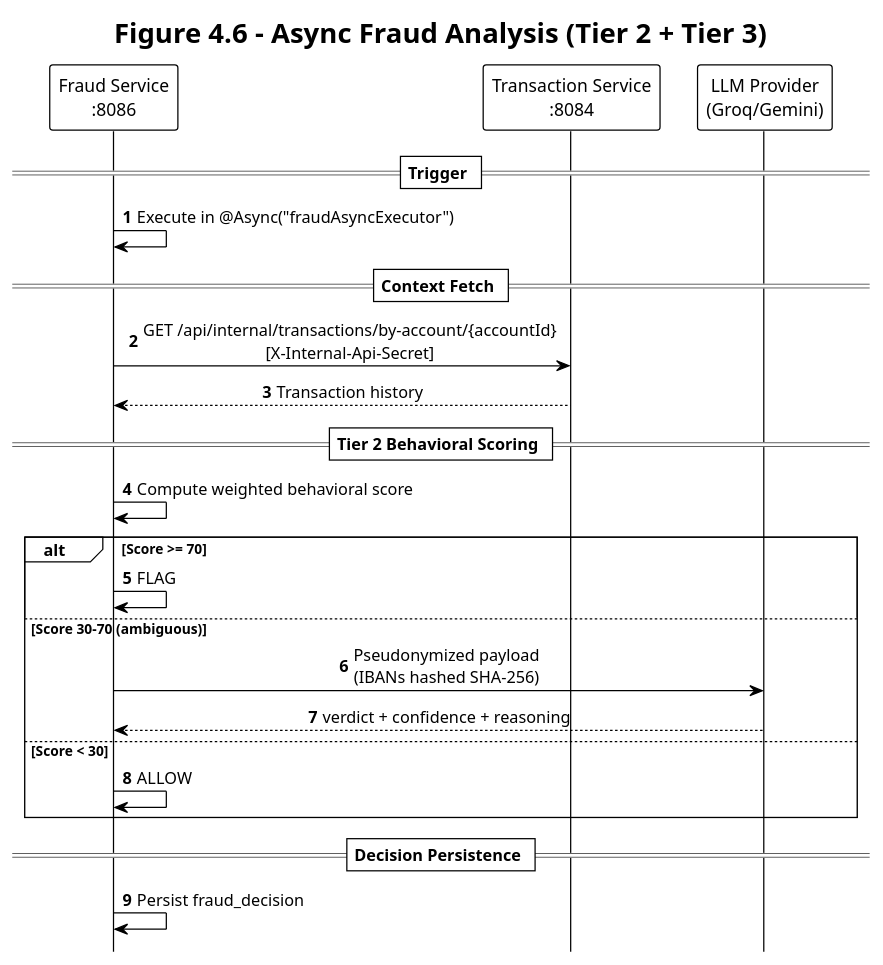
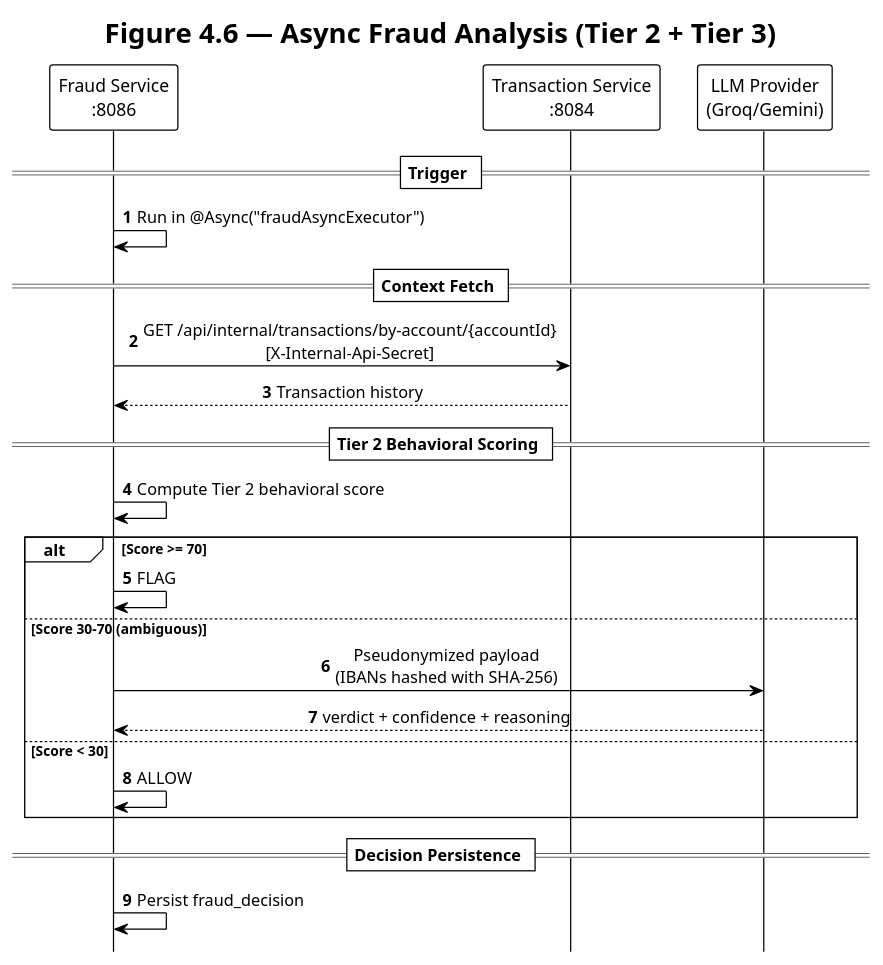
One commit to TurcanuTeodor/Online-Internet-Banking changed the diagram in uml/chapter5/transfer-flow-async-fraud.puml. Above: the diagram before and after it, drawn with PlantUML. The commit also changed 12 other files, not shown here.

```diff
--- a/uml/chapter5/transfer-flow-async-fraud.puml
+++ b/uml/chapter5/transfer-flow-async-fraud.puml
@@ -1,37 +1,37 @@
 @startuml Transfer_Flow_Async_Fraud
 !theme plain
 autonumber
 hide footbox
 skinparam backgroundColor white
 skinparam defaultFontName "Segoe UI"
 skinparam sequenceMessageAlign center
 
-title Figure 4.6 - Async Fraud Analysis (Tier 2 + Tier 3)
+title Figure 4.6 — Async Fraud Analysis (Tier 2 + Tier 3)
 
 participant "Fraud Service\n:8086" as FRAUD
 participant "Transaction Service\n:8084" as TX
 participant "LLM Provider\n(Groq/Gemini)" as LLM
 
 == Trigger ==
-FRAUD -> FRAUD : Execute in @Async("fraudAsyncExecutor")
+FRAUD -> FRAUD : Run in @Async("fraudAsyncExecutor")
 
 == Context Fetch ==
 FRAUD -> TX : GET /api/internal/transactions/by-account/{accountId}\n[X-Internal-Api-Secret]
 TX --> FRAUD : Transaction history
 
 == Tier 2 Behavioral Scoring ==
-FRAUD -> FRAUD : Compute weighted behavioral score
+FRAUD -> FRAUD : Compute Tier 2 behavioral score
 
 alt Score >= 70
   FRAUD -> FRAUD : FLAG
 else Score 30-70 (ambiguous)
-  FRAUD -> LLM : Pseudonymized payload\n(IBANs hashed SHA-256)
+  FRAUD -> LLM : Pseudonymized payload\n(IBANs hashed with SHA-256)
   LLM --> FRAUD : verdict + confidence + reasoning
 else Score < 30
   FRAUD -> FRAUD : ALLOW
 end
 
 == Decision Persistence ==
 FRAUD -> FRAUD : Persist fraud_decision
 
 @enduml
```
